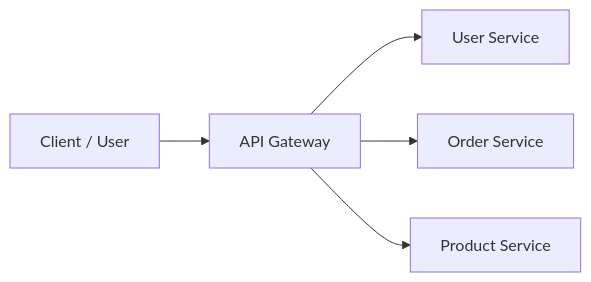
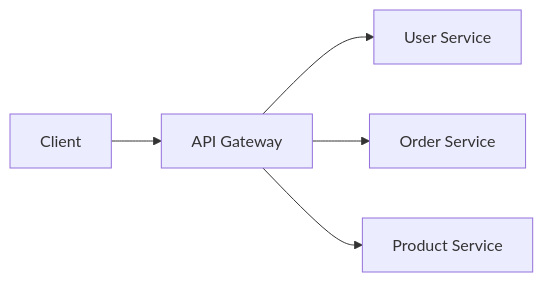
The first of 9 diagrams in Microservices.md (NarsingPendharkar/my-notes), drawn with Mermaid before and after one commit. The commit also changed other lines of this file, not shown here.

````diff
--- a/Microservices.md
+++ b/Microservices.md
@@ -295,7 +297,7 @@
 ```mermaid
 flowchart LR
-    A[Client / User] --> B[API Gateway]
+    A[Client] --> B[API Gateway]
     B --> C[User Service]
     B --> D[Order Service]
     B --> E[Product Service]
 ```
````
